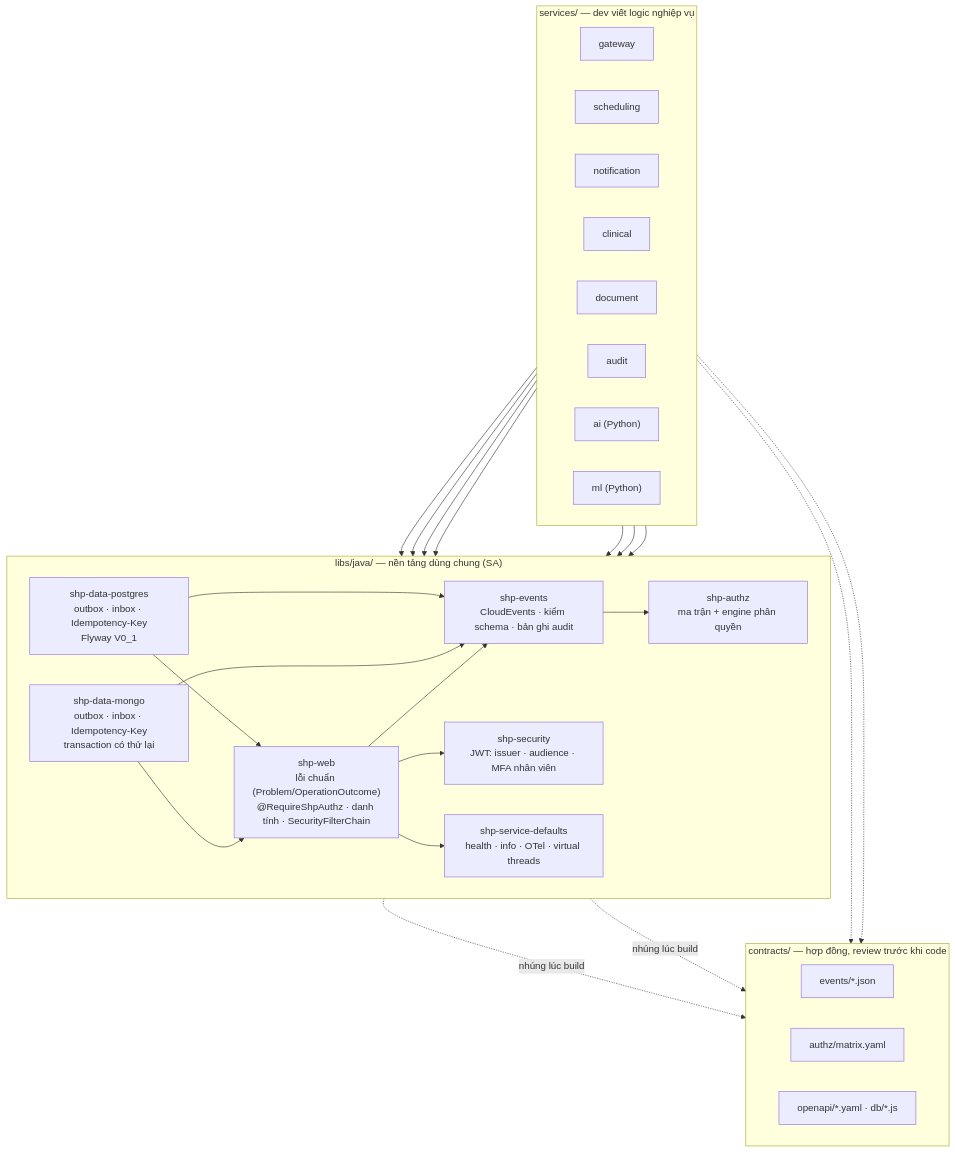
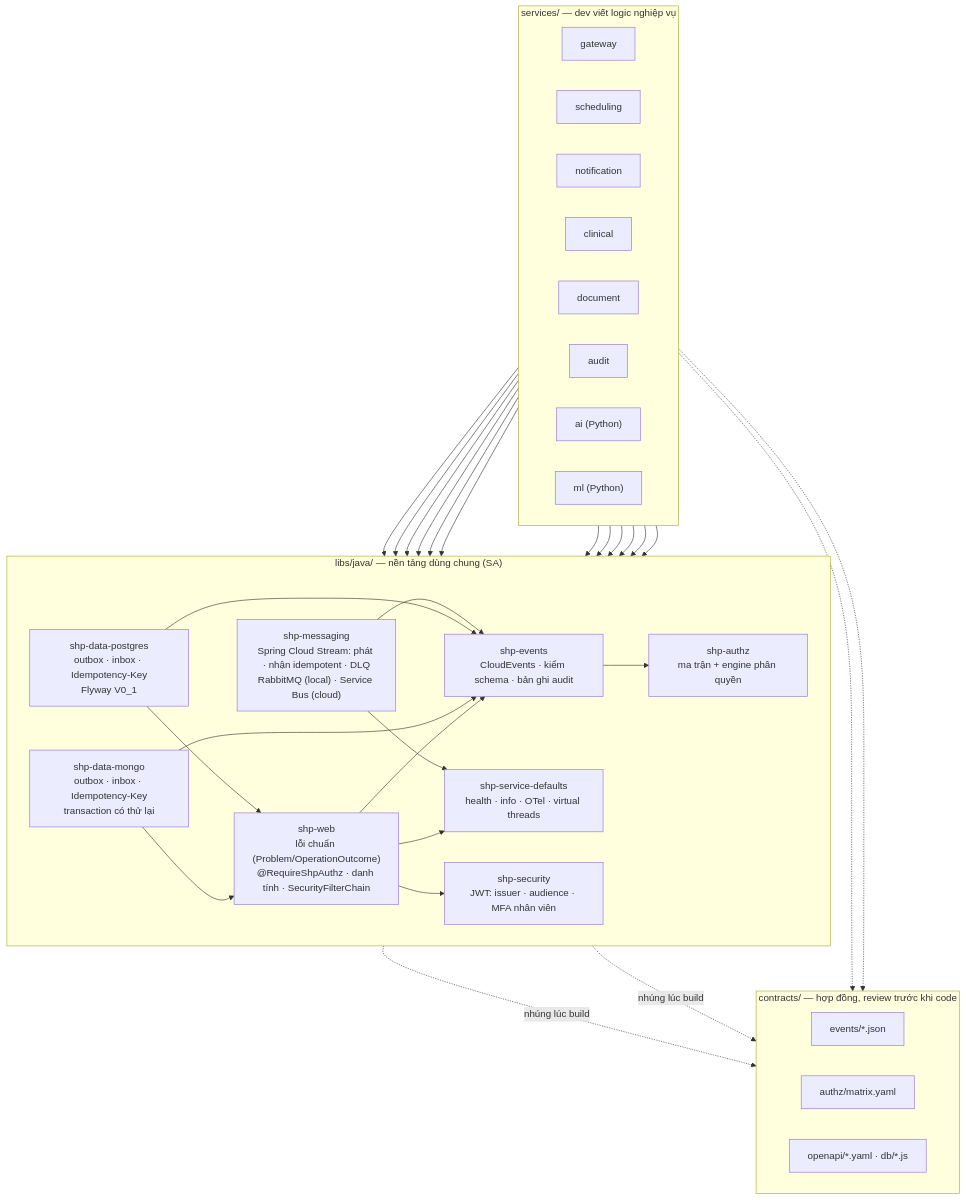
One commit to viethung12062005/smart-hospital-platform changed the fourth of 5 diagrams in docs/03-architecture/overview.md. Above: the diagram before and after it, drawn with Mermaid. The commit also changed other lines of this file and 25 other files, not shown here.

First line of the commit message:
ENABLER (SHR-07, SHR-08): publish and consume events through Spring Cloud Stream

````diff
--- a/docs/03-architecture/overview.md
+++ b/docs/03-architecture/overview.md
@@ -198,43 +198,46 @@
 ```mermaid
 flowchart TB
   subgraph SVC["services/ — dev viết logic nghiệp vụ"]
     direction LR
     GW["gateway"]
     SCH["scheduling"]
     NTF["notification"]
     CLI["clinical"]
     DOC["document"]
     AUD["audit"]
     AI["ai (Python)"]
     ML["ml (Python)"]
   end
 
   subgraph LIB["libs/java/ — nền tảng dùng chung (SA)"]
     direction LR
     DP["shp-data-postgres<br/>outbox · inbox · Idempotency-Key<br/>Flyway V0_1"]
     DM["shp-data-mongo<br/>outbox · inbox · Idempotency-Key<br/>transaction có thử lại"]
     WEB["shp-web<br/>lỗi chuẩn (Problem/OperationOutcome)<br/>@RequireShpAuthz · danh tính · SecurityFilterChain"]
     SEC["shp-security<br/>JWT: issuer · audience · MFA nhân viên"]
     EV["shp-events<br/>CloudEvents · kiểm schema · bản ghi audit"]
+    MSG["shp-messaging<br/>Spring Cloud Stream: phát · nhận idempotent · DLQ<br/>RabbitMQ (local) · Service Bus (cloud)"]
     AZ["shp-authz<br/>ma trận + engine phân quyền"]
     SD["shp-service-defaults<br/>health · info · OTel · virtual threads"]
   end
 
   subgraph CON["contracts/ — hợp đồng, review trước khi code"]
     direction LR
     CEV["events/*.json"]
     CAZ["authz/matrix.yaml"]
     COA["openapi/*.yaml · db/*.js"]
   end
 
   SCH --> DP
   NTF & CLI & DOC & AUD --> DM
+  SCH & NTF & CLI & DOC & AUD --> MSG
+  MSG --> EV & SD
   DP & DM --> WEB
   DP & DM --> EV
   GW --> SEC & SD
   WEB --> SEC & EV & SD
   EV --> AZ
   EV -. nhúng lúc build .-> CEV
   AZ -. nhúng lúc build .-> CAZ
   AI & ML -.-> CON
 ```
````
